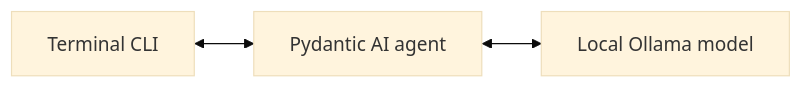
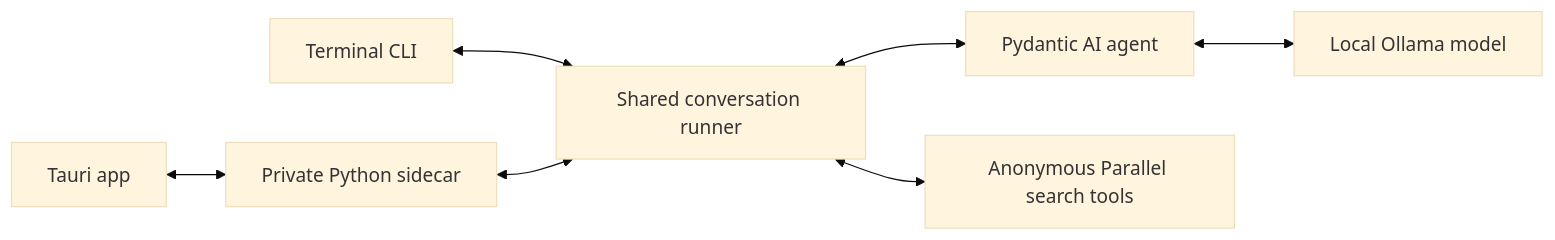
The diagram in README.md (raniendu/vikram), drawn with Mermaid (base theme) before and after one commit. The commit also changed other lines of this file and 91 other files, not shown here.

````diff
--- a/README.md
+++ b/README.md
@@ -55,5 +206,9 @@
 ```mermaid
 flowchart LR
-    CLI[Terminal CLI] <--> Agent[Pydantic AI agent]
+    CLI[Terminal CLI] <--> Runner[Shared conversation runner]
+    App[Tauri app] <--> Sidecar[Private Python sidecar]
+    Sidecar <--> Runner
+    Runner <--> Agent[Pydantic AI agent]
     Agent <--> Ollama[Local Ollama model]
+    Runner <--> Parallel[Anonymous Parallel search tools]
 ```
````
